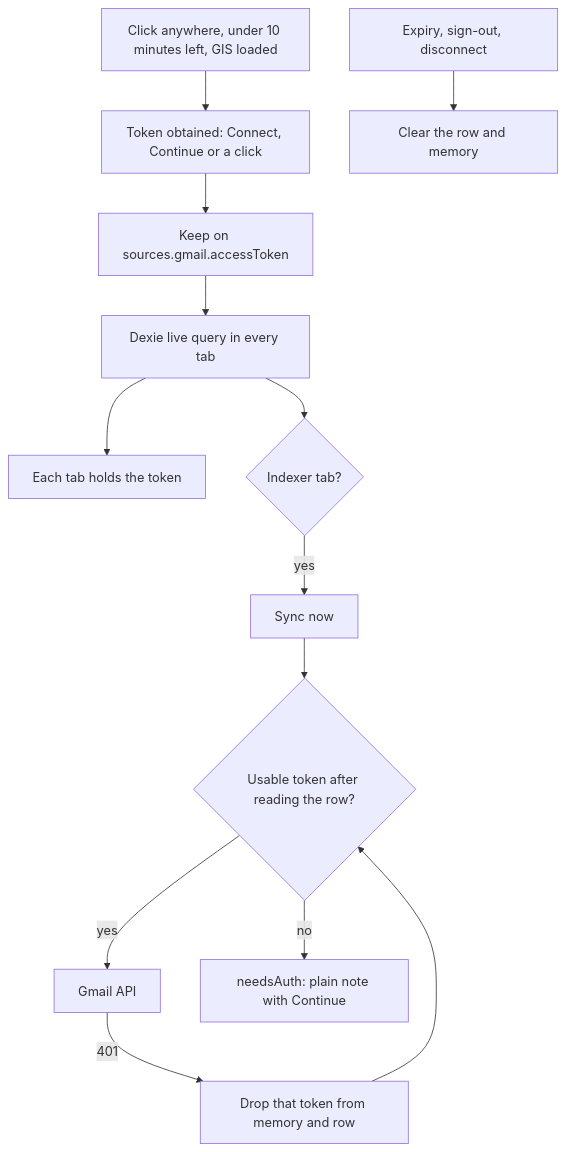
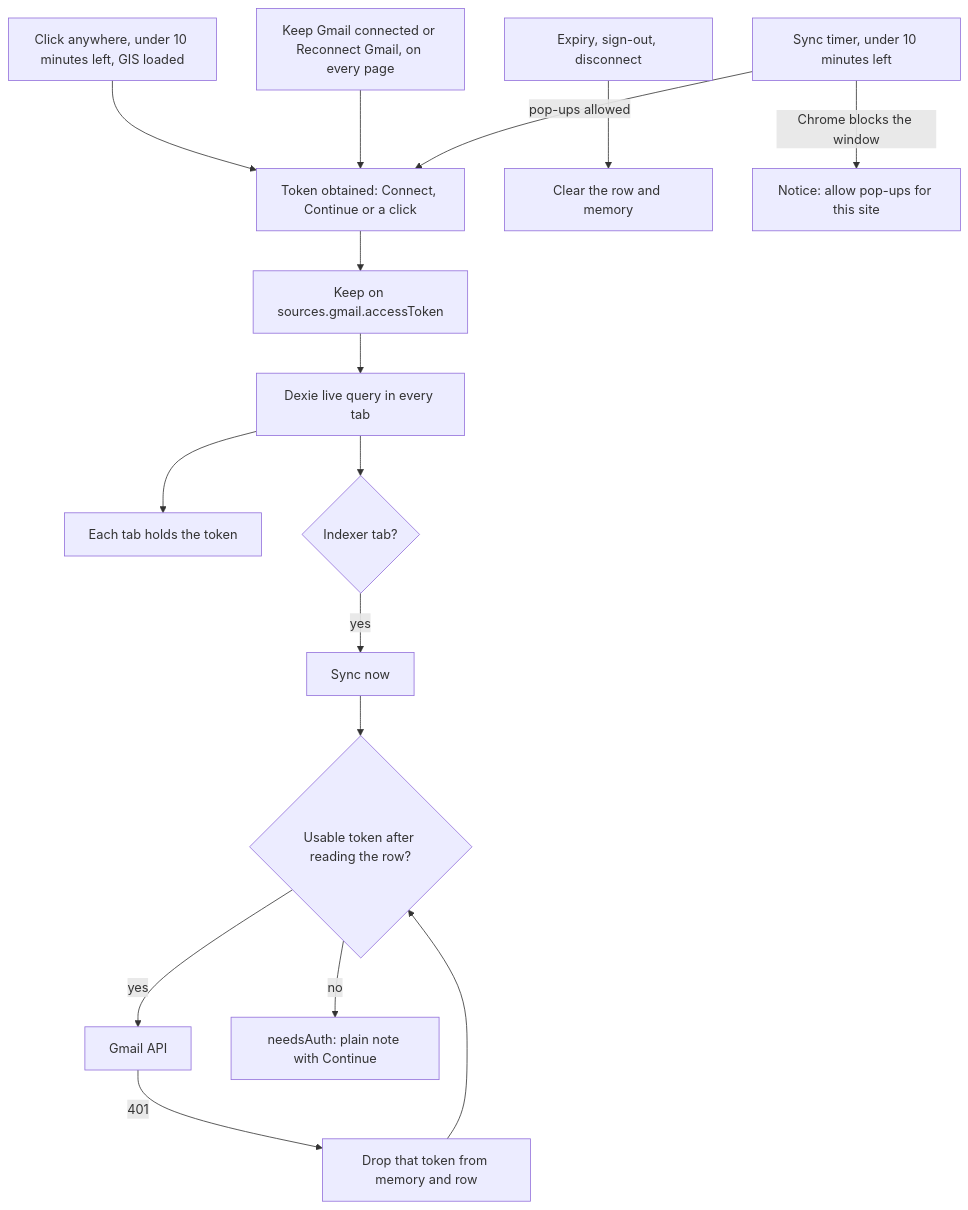
The fourth of 8 diagrams in docs/spec/20-index-and-sources.md (1manideep/Sieve), drawn with Mermaid before and after one commit. The commit also changed other lines of this file and 64 other files, not shown here.

````diff
--- a/docs/spec/20-index-and-sources.md
+++ b/docs/spec/20-index-and-sources.md
@@ -1079,15 +1082,18 @@
 ```mermaid
 flowchart TD
   T[Token obtained: Connect, Continue or a click] --> W[Keep on sources.gmail.accessToken]
   W --> Q[Dexie live query in every tab]
   Q --> H[Each tab holds the token]
   Q --> L{Indexer tab?}
   L -->|yes| S[Sync now]
   S --> R{Usable token after reading the row?}
   R -->|yes| G[Gmail API]
   R -->|no| N[needsAuth: plain note with Continue]
   G -->|401| X[Drop that token from memory and row]
   X --> R
   E[Expiry, sign-out, disconnect] --> C[Clear the row and memory]
   K[Click anywhere, under 10 minutes left, GIS loaded] --> T
+  K2[Keep Gmail connected or Reconnect Gmail, on every page] --> T
+  TM[Sync timer, under 10 minutes left] -->|pop-ups allowed| T
+  TM -->|Chrome blocks the window| B[Notice: allow pop-ups for this site]
 ```
````
